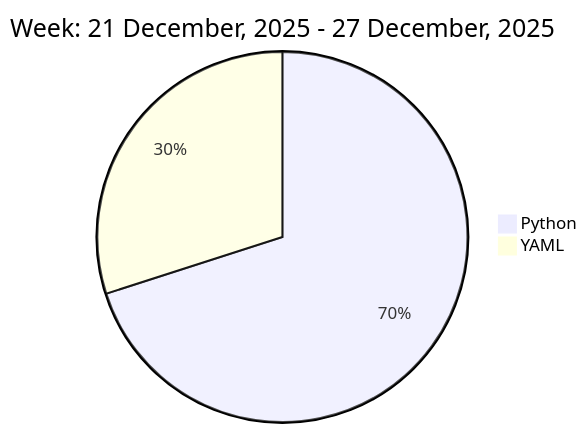
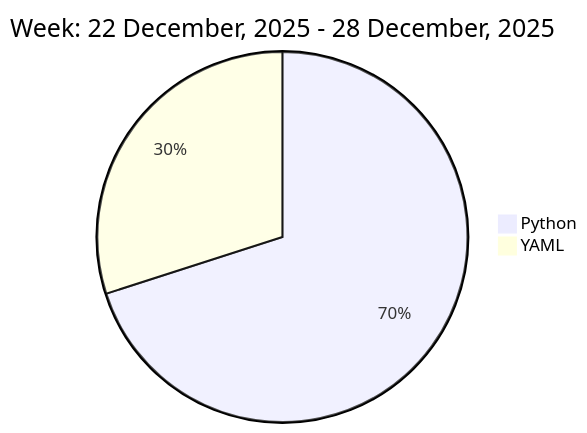
The diagram in README.md (liubin95/liubin95), drawn with Mermaid before and after one commit.

Commit message:
Updated the Graph with new Metrics

````diff
--- a/README.md
+++ b/README.md
@@ -37,6 +37,6 @@
 ```mermaid
  pie
-title Week: 21 December, 2025 - 27 December, 2025
+title Week: 22 December, 2025 - 28 December, 2025
  "Python" : 9.12
  "YAML" : 3.9
 ```
````
